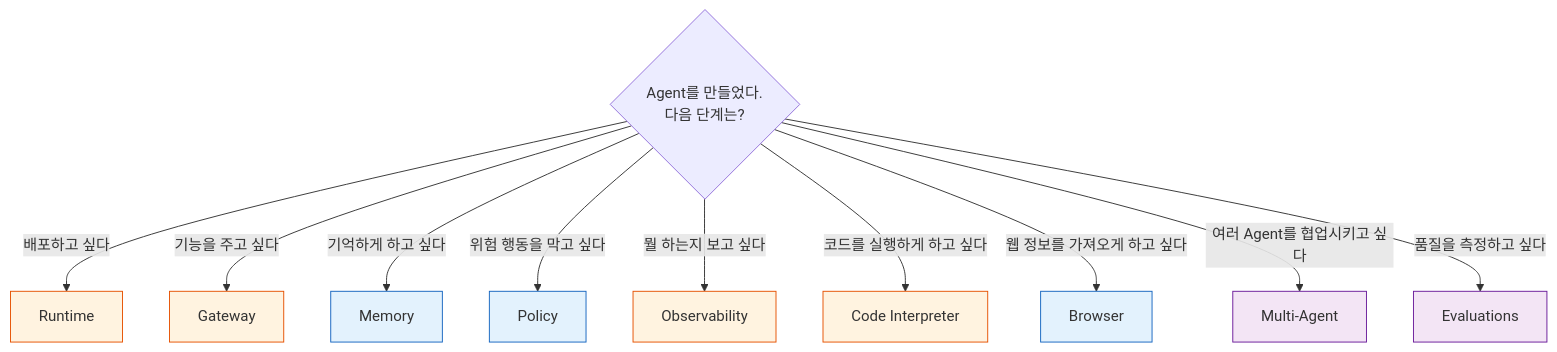
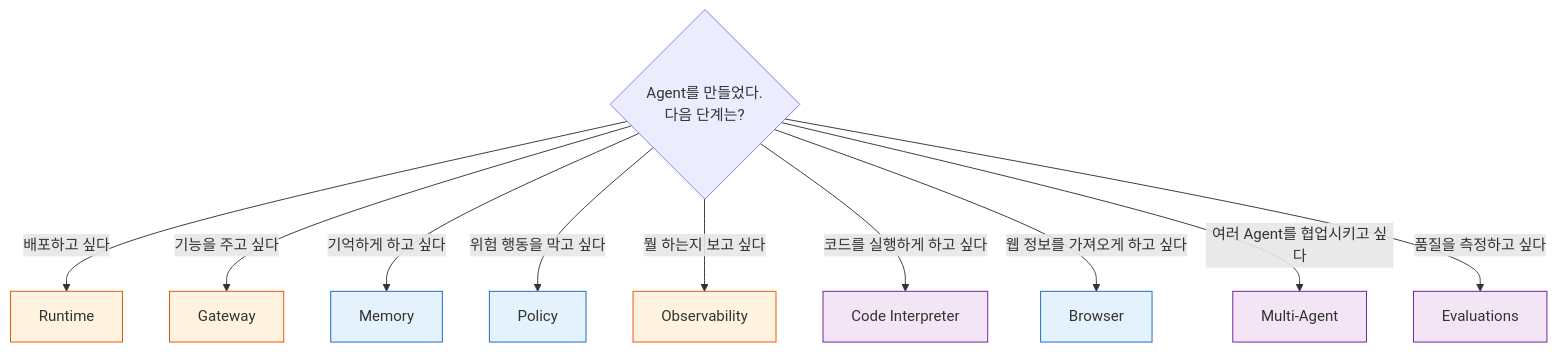
The fourth of 4 diagrams in docs/appendix/service-map.md (kjhyuok/rcg-agentcore-workshop-guide), drawn with Mermaid before and after one commit. The commit also changed other lines of this file and 3 other files, not shown here.

````diff
--- a/docs/appendix/service-map.md
+++ b/docs/appendix/service-map.md
@@ -210,23 +210,23 @@
 ```mermaid
 graph TD
     Q1{"Agent를 만들었다.<br/>다음 단계는?"}
     Q1 -->|배포하고 싶다| RT2[Runtime]
     Q1 -->|기능을 주고 싶다| GW2[Gateway]
     Q1 -->|기억하게 하고 싶다| ME2[Memory]
     Q1 -->|위험 행동을 막고 싶다| PO2[Policy]
     Q1 -->|뭘 하는지 보고 싶다| OB2[Observability]
     Q1 -->|코드를 실행하게 하고 싶다| CI2[Code Interpreter]
     Q1 -->|웹 정보를 가져오게 하고 싶다| BR2[Browser]
     Q1 -->|여러 Agent를 협업시키고 싶다| MA2[Multi-Agent]
     Q1 -->|품질을 측정하고 싶다| EV2[Evaluations]
 
     style RT2 fill:#fff3e0,stroke:#e65100
     style GW2 fill:#fff3e0,stroke:#e65100
     style OB2 fill:#fff3e0,stroke:#e65100
-    style CI2 fill:#fff3e0,stroke:#e65100
     style ME2 fill:#e3f2fd,stroke:#1565c0
     style PO2 fill:#e3f2fd,stroke:#1565c0
     style BR2 fill:#e3f2fd,stroke:#1565c0
     style MA2 fill:#f3e5f5,stroke:#6a1b9a
     style EV2 fill:#f3e5f5,stroke:#6a1b9a
+    style CI2 fill:#f3e5f5,stroke:#6a1b9a
 ```
````
